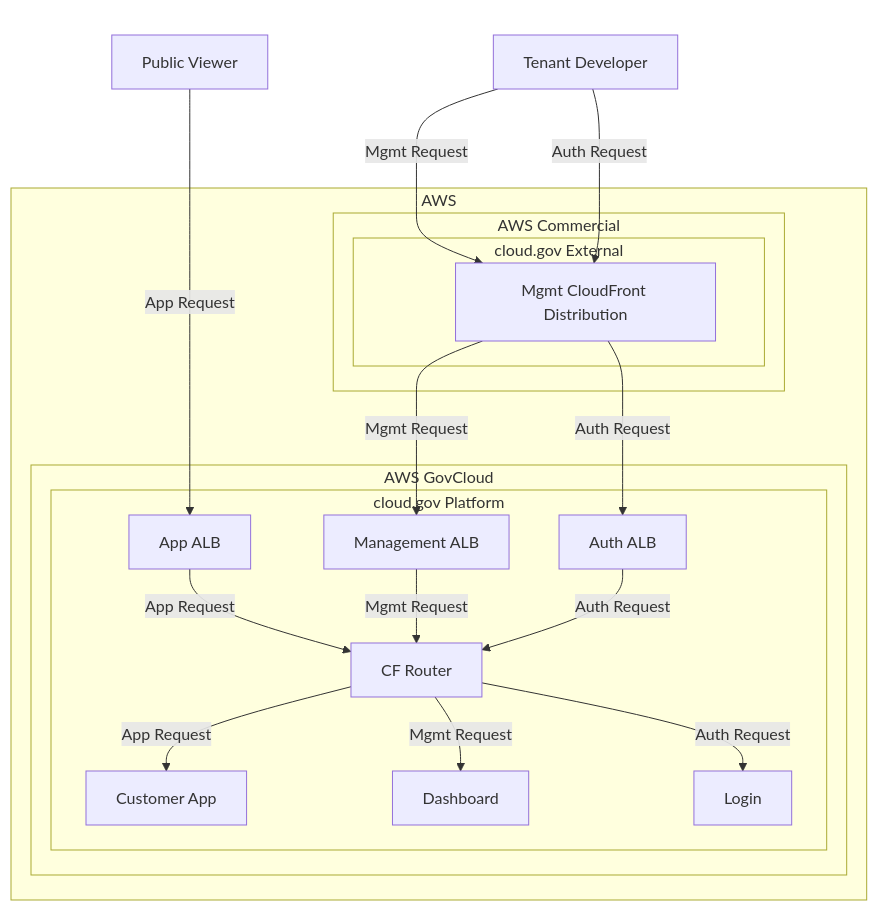
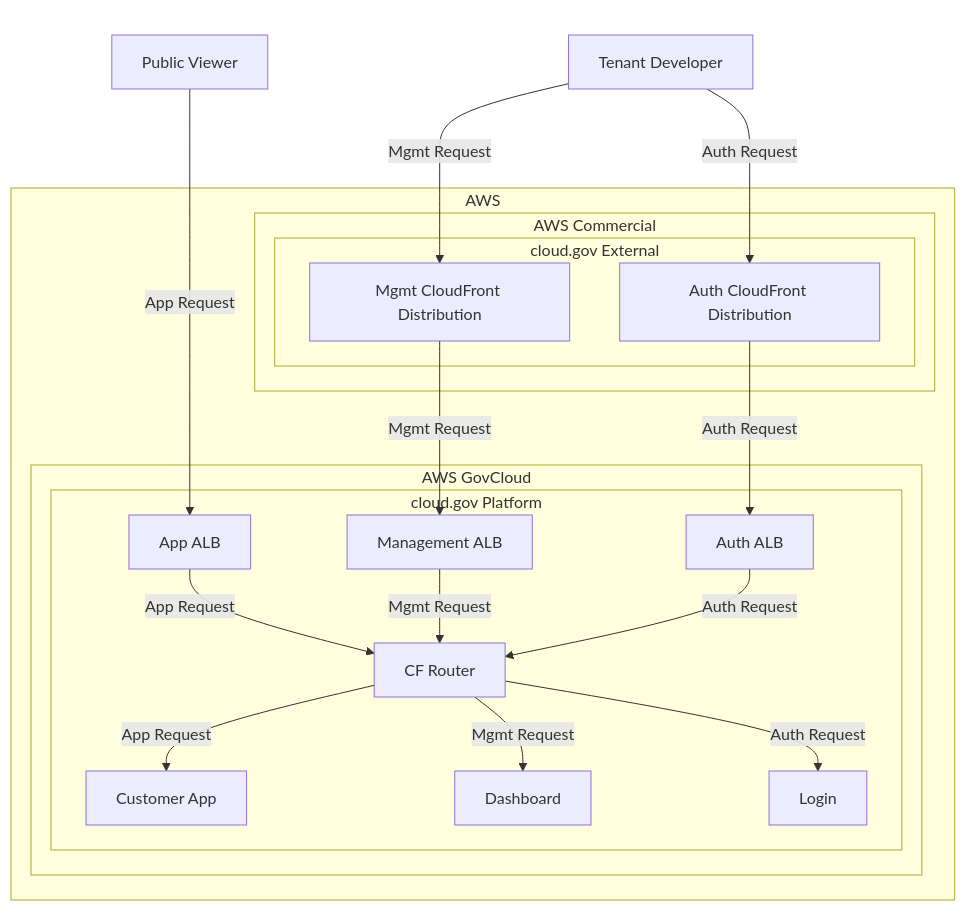
The second of 5 diagrams in adr/ADR-0009-shield-advanced.md (cloud-gov/product), drawn with Mermaid before and after one commit. The commit also changed other lines of this file, not shown here.

Commit message:
Correctly depict current state of LBs

````diff
--- a/adr/ADR-0009-shield-advanced.md
+++ b/adr/ADR-0009-shield-advanced.md
@@ -60,32 +60,32 @@
 ```mermaid
 graph TD
     subgraph b["blank"]
         style b fill:none,stroke:none,color:#fff
         public[Public Viewer]
         tenant[Tenant Developer]
     end
 
     subgraph aws["AWS"]
         subgraph commercial["AWS Commercial"]
             subgraph external["cloud.gov External"]
                 tenant[Tenant Developer] -->|Mgmt Request| mgmtCF[Mgmt CloudFront Distribution]
-                tenant[Tenant Developer] -->|Auth Request| mgmtCF[Mgmt CloudFront Distribution]
+                tenant[Tenant Developer] -->|Auth Request| authCF[Auth CloudFront Distribution]
             end
         end
         subgraph govcloud["AWS GovCloud"]
             subgraph platform["cloud.gov Platform"]
                 public[Public Viewer] -->|App Request| appALB
                 mgmtCF -->|Mgmt Request| mgmtALB
-                mgmtCF -->|Auth Request| authALB
+                authCF -->|Auth Request| authALB
 
                 appALB[App ALB] -->|App Request| router[CF Router]
                 mgmtALB[Management ALB] -->|Mgmt Request| router
                 authALB[Auth ALB] -->|Auth Request| router
 
                 router -->|App Request| app[Customer App]
                 router -->|Mgmt Request| dashboard[Dashboard]
                 router -->|Auth Request| login[Login]
             end
         end
     end
 ```
````
